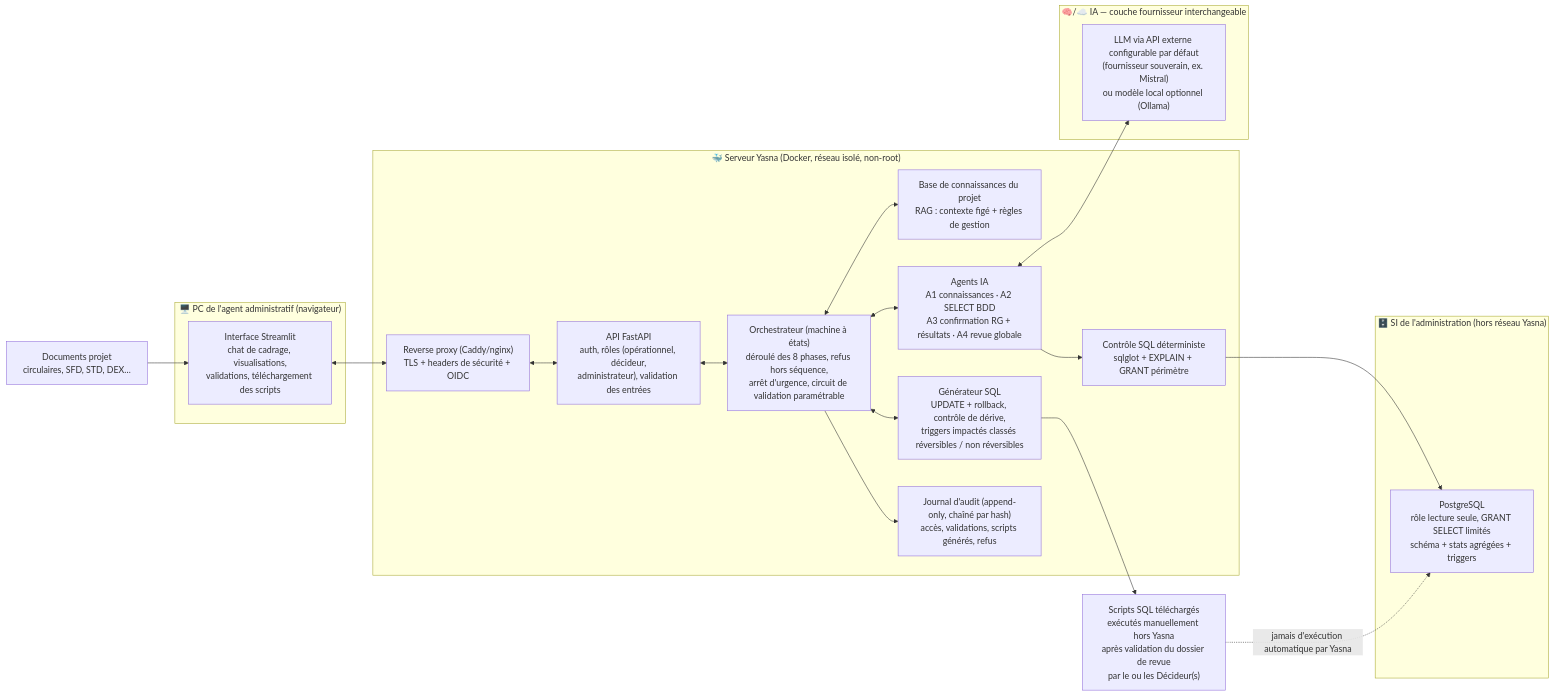
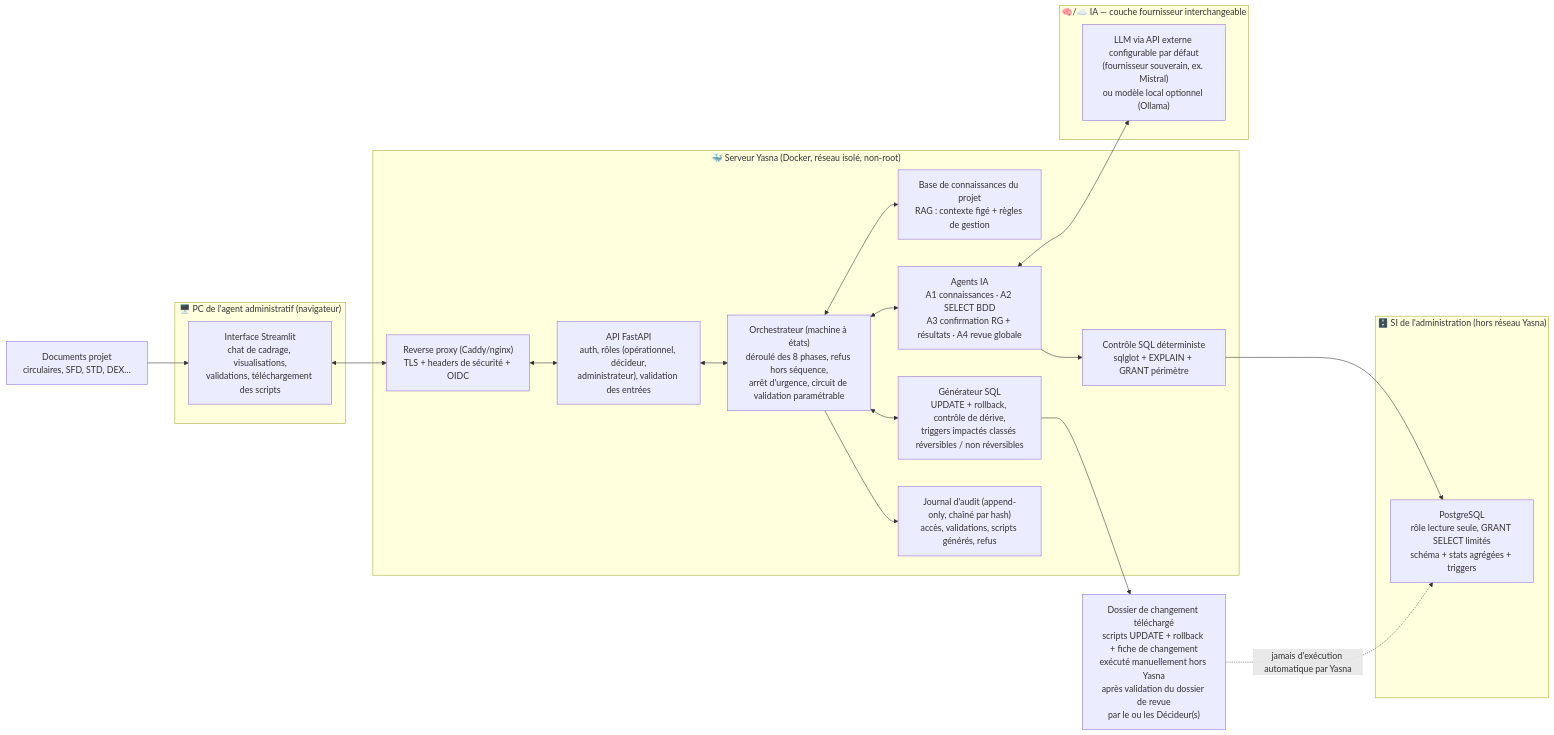
One commit to Choori279/Yasna changed the first of 5 diagrams in Yasna_Schemas_Parcours.md. Above: the diagram before and after it, drawn with Mermaid. The commit also changed other lines of this file and 2 other files, not shown here.

Commit message:
docs(G): dossier de changement en sortie de phase 8 (scripts + fiche de changement)

````diff
--- a/Yasna_Schemas_Parcours.md
+++ b/Yasna_Schemas_Parcours.md
@@ -15,42 +15,42 @@
 ```mermaid
 flowchart LR
     subgraph PC["🖥️ PC de l'agent administratif (navigateur)"]
         UI["Interface Streamlit<br/>chat de cadrage, visualisations,<br/>validations, téléchargement des scripts"]
     end
 
     DOCS["Documents projet<br/>circulaires, SFD, STD, DEX…"]
 
     subgraph YASNA["🐳 Serveur Yasna (Docker, réseau isolé, non-root)"]
         PROXY["Reverse proxy (Caddy/nginx)<br/>TLS + headers de sécurité + OIDC"]
         API["API FastAPI<br/>auth, rôles (opérationnel, décideur,<br/>administrateur), validation des entrées"]
         ORCH["Orchestrateur (machine à états)<br/>déroulé des 8 phases, refus hors séquence,<br/>arrêt d'urgence, circuit de validation paramétrable"]
         RAG["Base de connaissances du projet<br/>RAG : contexte figé + règles de gestion"]
         AGENTS["Agents IA<br/>A1 connaissances · A2 SELECT BDD<br/>A3 confirmation RG + résultats · A4 revue globale"]
         SQLCTRL["Contrôle SQL déterministe<br/>sqlglot + EXPLAIN + GRANT périmètre"]
         SQLGEN["Générateur SQL<br/>UPDATE + rollback, contrôle de dérive,<br/>triggers impactés classés réversibles / non réversibles"]
         AUDIT["Journal d'audit (append-only, chaîné par hash)<br/>accès, validations, scripts générés, refus"]
     end
 
     subgraph IAEXT["🧠/☁️ IA — couche fournisseur interchangeable"]
         LLMEXT["LLM via API externe configurable par défaut<br/>(fournisseur souverain, ex. Mistral)<br/>ou modèle local optionnel (Ollama)"]
     end
 
     subgraph BDD["🗄️ SI de l'administration (hors réseau Yasna)"]
         DB["PostgreSQL<br/>rôle lecture seule, GRANT SELECT limités<br/>schéma + stats agrégées + triggers"]
     end
 
-    SCRIPT["Scripts SQL téléchargés<br/>exécutés manuellement hors Yasna<br/>après validation du dossier de revue<br/>par le ou les Décideur(s)"]
+    SCRIPT["Dossier de changement téléchargé<br/>scripts UPDATE + rollback + fiche de changement<br/>exécuté manuellement hors Yasna<br/>après validation du dossier de revue<br/>par le ou les Décideur(s)"]
 
     DOCS --> UI
     UI <--> PROXY <--> API
     API <--> ORCH
     ORCH <--> RAG
     ORCH <--> AGENTS
     AGENTS --> SQLCTRL
     SQLCTRL --> DB
     ORCH <--> SQLGEN
     ORCH --> AUDIT
     AGENTS <--> LLMEXT
     SQLGEN --> SCRIPT
     SCRIPT -. "jamais d'exécution automatique par Yasna" .-> DB
 ```
````
